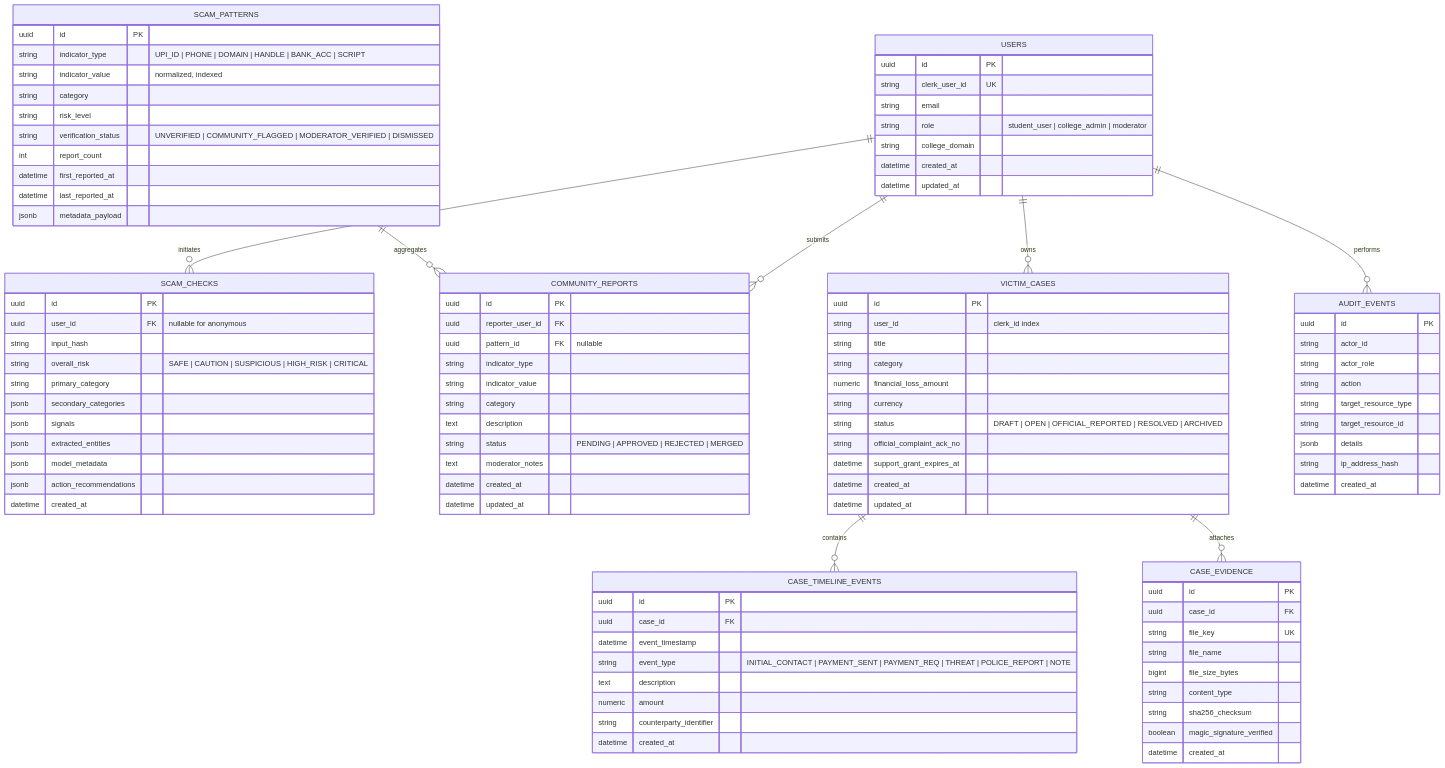
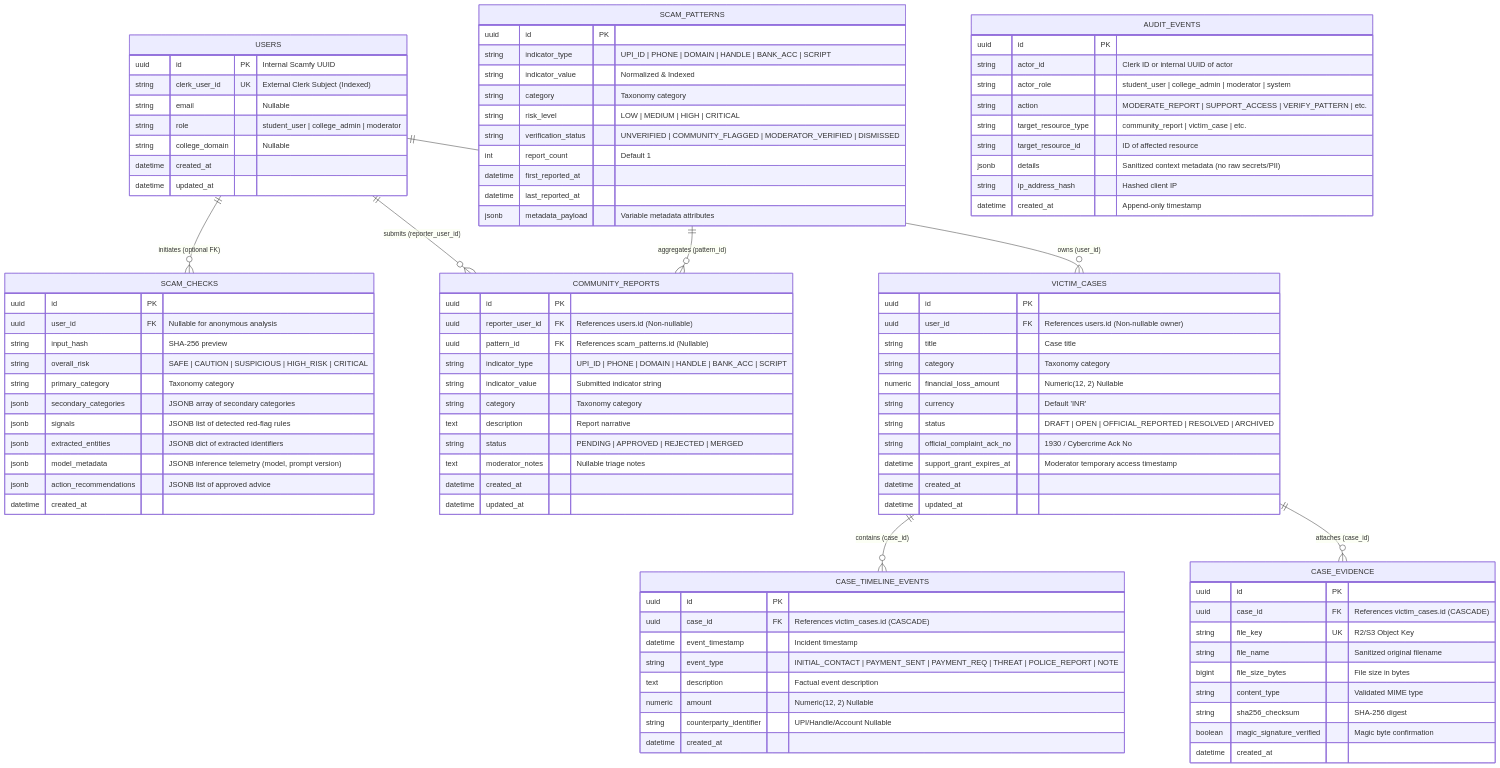
Before and after one commit to G28I/Scamfy: the diagram in scamfy/.planning/phases/03-core-data-model-and-migrations/RESEARCH.md, drawn with Mermaid. The commit also changed other lines of this file and 2 other files, not shown here.

Commit message:
plan(phase-3): revise Phase 3 plan with PostgreSQL test db, Clerk boundary & structural privacy chains

````diff
--- a/scamfy/.planning/phases/03-core-data-model-and-migrations/RESEARCH.md
+++ b/scamfy/.planning/phases/03-core-data-model-and-migrations/RESEARCH.md
@@ -7,112 +7,111 @@
 ```mermaid
 erDiagram
-    USERS ||--o{ SCAM_CHECKS : "initiates"
-    USERS ||--o{ COMMUNITY_REPORTS : "submits"
-    USERS ||--o{ VICTIM_CASES : "owns"
-    USERS ||--o{ AUDIT_EVENTS : "performs"
+    USERS ||--o{ SCAM_CHECKS : "initiates (optional FK)"
+    USERS ||--o{ COMMUNITY_REPORTS : "submits (reporter_user_id)"
+    USERS ||--o{ VICTIM_CASES : "owns (user_id)"
     
-    SCAM_PATTERNS ||--o{ COMMUNITY_REPORTS : "aggregates"
+    SCAM_PATTERNS ||--o{ COMMUNITY_REPORTS : "aggregates (pattern_id)"
     
-    VICTIM_CASES ||--o{ CASE_TIMELINE_EVENTS : "contains"
-    VICTIM_CASES ||--o{ CASE_EVIDENCE : "attaches"
+    VICTIM_CASES ||--o{ CASE_TIMELINE_EVENTS : "contains (case_id)"
+    VICTIM_CASES ||--o{ CASE_EVIDENCE : "attaches (case_id)"
 
     USERS {
-        uuid id PK
-        string clerk_user_id UK
-        string email
+        uuid id PK "Internal Scamfy UUID"
+        string clerk_user_id UK "External Clerk Subject (Indexed)"
+        string email "Nullable"
         string role "student_user | college_admin | moderator"
-        string college_domain
+        string college_domain "Nullable"
         datetime created_at
         datetime updated_at
     }
 
     SCAM_CHECKS {
         uuid id PK
-        uuid user_id FK "nullable for anonymous"
-        string input_hash
+        uuid user_id FK "Nullable for anonymous analysis"
+        string input_hash "SHA-256 preview"
         string overall_risk "SAFE | CAUTION | SUSPICIOUS | HIGH_RISK | CRITICAL"
-        string primary_category
-        jsonb secondary_categories
-        jsonb signals
-        jsonb extracted_entities
-        jsonb model_metadata
-        jsonb action_recommendations
+        string primary_category "Taxonomy category"
+        jsonb secondary_categories "JSONB array of secondary categories"
+        jsonb signals "JSONB list of detected red-flag rules"
+        jsonb extracted_entities "JSONB dict of extracted identifiers"
+        jsonb model_metadata "JSONB inference telemetry (model, prompt version)"
+        jsonb action_recommendations "JSONB list of approved advice"
         datetime created_at
     }
 
     SCAM_PATTERNS {
         uuid id PK
         string indicator_type "UPI_ID | PHONE | DOMAIN | HANDLE | BANK_ACC | SCRIPT"
-        string indicator_value "normalized, indexed"
-        string category
-        string risk_level
+        string indicator_value "Normalized & Indexed"
+        string category "Taxonomy category"
+        string risk_level "LOW | MEDIUM | HIGH | CRITICAL"
         string verification_status "UNVERIFIED | COMMUNITY_FLAGGED | MODERATOR_VERIFIED | DISMISSED"
-        int report_count
+        int report_count "Default 1"
         datetime first_reported_at
         datetime last_reported_at
-        jsonb metadata_payload
+        jsonb metadata_payload "Variable metadata attributes"
     }
 
     COMMUNITY_REPORTS {
         uuid id PK
-        uuid reporter_user_id FK
-        uuid pattern_id FK "nullable"
-        string indicator_type
-        string indicator_value
-        string category
-        text description
+        uuid reporter_user_id FK "References users.id (Non-nullable)"
+        uuid pattern_id FK "References scam_patterns.id (Nullable)"
+        string indicator_type "UPI_ID | PHONE | DOMAIN | HANDLE | BANK_ACC | SCRIPT"
+        string indicator_value "Submitted indicator string"
+        string category "Taxonomy category"
+        text description "Report narrative"
         string status "PENDING | APPROVED | REJECTED | MERGED"
-        text moderator_notes
+        text moderator_notes "Nullable triage notes"
         datetime created_at
         datetime updated_at
     }
 
     VICTIM_CASES {
         uuid id PK
-        string user_id "clerk_id index"
-        string title
-        string category
-        numeric financial_loss_amount
-        string currency
+        uuid user_id FK "References users.id (Non-nullable owner)"
+        string title "Case title"
+        string category "Taxonomy category"
+        numeric financial_loss_amount "Numeric(12, 2) Nullable"
+        string currency "Default 'INR'"
         string status "DRAFT | OPEN | OFFICIAL_REPORTED | RESOLVED | ARCHIVED"
-        string official_complaint_ack_no
-        datetime support_grant_expires_at
+        string official_complaint_ack_no "1930 / Cybercrime Ack No"
+        datetime support_grant_expires_at "Moderator temporary access timestamp"
         datetime created_at
         datetime updated_at
     }
 
     CASE_TIMELINE_EVENTS {
         uuid id PK
-        uuid case_id FK
-        datetime event_timestamp
+        uuid case_id FK "References victim_cases.id (CASCADE)"
+        datetime event_timestamp "Incident timestamp"
         string event_type "INITIAL_CONTACT | PAYMENT_SENT | PAYMENT_REQ | THREAT | POLICE_REPORT | NOTE"
-        text description
-        numeric amount
-        string counterparty_identifier
+        text description "Factual event description"
+        numeric amount "Numeric(12, 2) Nullable"
+        string counterparty_identifier "UPI/Handle/Account Nullable"
         datetime created_at
     }
 
     CASE_EVIDENCE {
         uuid id PK
-        uuid case_id FK
-        string file_key UK
-        string file_name
-        bigint file_size_bytes
-        string content_type
-        string sha256_checksum
-        boolean magic_signature_verified
+        uuid case_id FK "References victim_cases.id (CASCADE)"
+        string file_key UK "R2/S3 Object Key"
+        string file_name "Sanitized original filename"
+        bigint file_size_bytes "File size in bytes"
+        string content_type "Validated MIME type"
+        string sha256_checksum "SHA-256 digest"
+        boolean magic_signature_verified "Magic byte confirmation"
         datetime created_at
     }
 
     AUDIT_EVENTS {
         uuid id PK
-        string actor_id
-        string actor_role
-        string action
-        string target_resource_type
-        string target_resource_id
-        jsonb details
-        string ip_address_hash
-        datetime created_at
+        string actor_id "Clerk ID or internal UUID of actor"
+        string actor_role "student_user | college_admin | moderator | system"
+        string action "MODERATE_REPORT | SUPPORT_ACCESS | VERIFY_PATTERN | etc."
+        string target_resource_type "community_report | victim_case | etc."
+        string target_resource_id "ID of affected resource"
+        jsonb details "Sanitized context metadata (no raw secrets/PII)"
+        string ip_address_hash "Hashed client IP"
+        datetime created_at "Append-only timestamp"
     }
 ```
````
